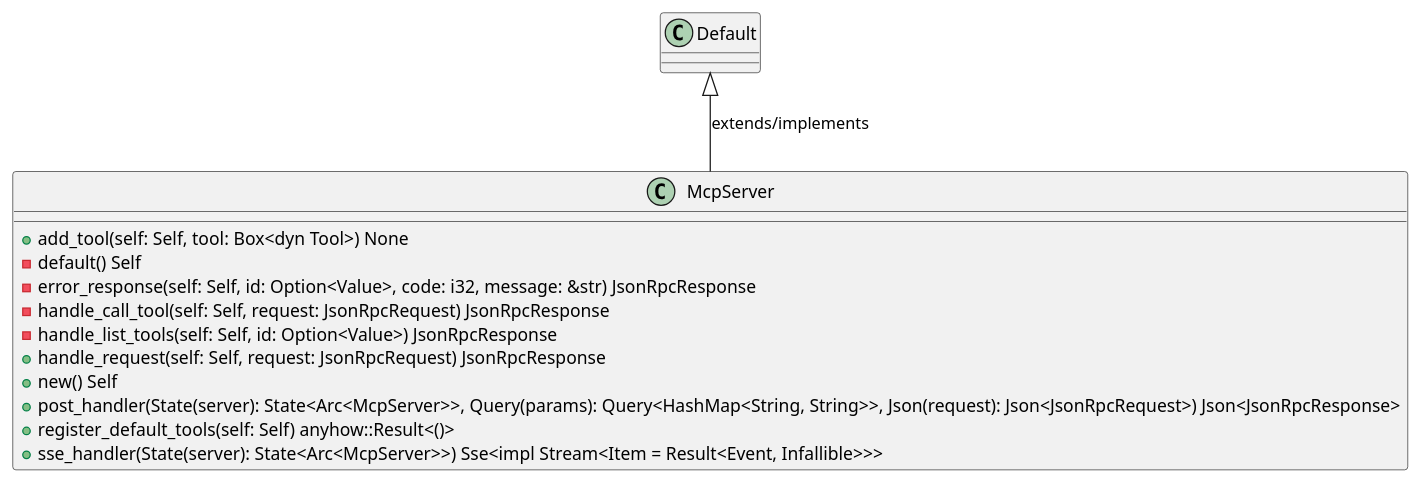
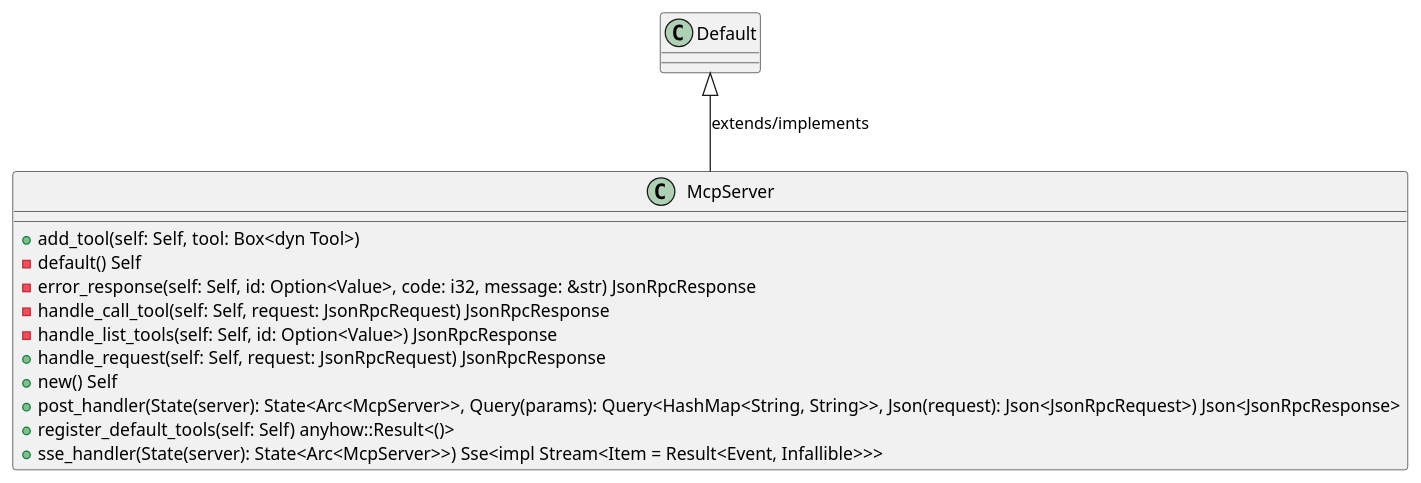
The first of 6 diagrams in openwiki/crates_factory_mcp_server_src_lib.md (lgcorzo/rust_CACD_autonomous_factory), drawn with PlantUML before and after one commit. The commit also changed other lines of this file and 95 other files, not shown here.

````diff
--- a/openwiki/crates_factory_mcp_server_src_lib.md
+++ b/openwiki/crates_factory_mcp_server_src_lib.md
@@ -246,18 +246,18 @@
 ```plantuml
 @startuml
 class McpServer {
-    +add_tool(self: Self, tool: Box<dyn Tool>) None
+    +add_tool(self: Self, tool: Box<dyn Tool>)
     -default() Self
     -error_response(self: Self, id: Option<Value>, code: i32, message: &str) JsonRpcResponse
     -handle_call_tool(self: Self, request: JsonRpcRequest) JsonRpcResponse
     -handle_list_tools(self: Self, id: Option<Value>) JsonRpcResponse
     +handle_request(self: Self, request: JsonRpcRequest) JsonRpcResponse
     +new() Self
     +post_handler(State(server): State<Arc<McpServer>>, Query(params): Query<HashMap<String, String>>, Json(request): Json<JsonRpcRequest>) Json<JsonRpcResponse>
     +register_default_tools(self: Self) anyhow::Result<()>
     +sse_handler(State(server): State<Arc<McpServer>>) Sse<impl Stream<Item = Result<Event, Infallible>>>
 }
 Default <|-- McpServer : extends/implements
 @enduml
 
 ```
````
